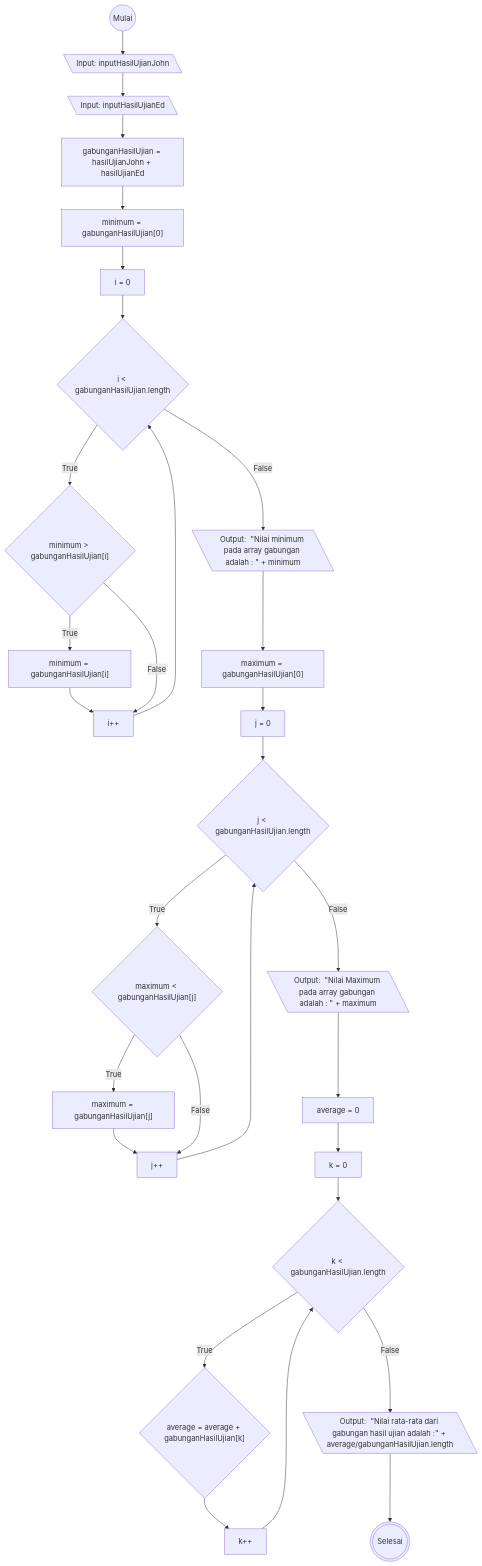
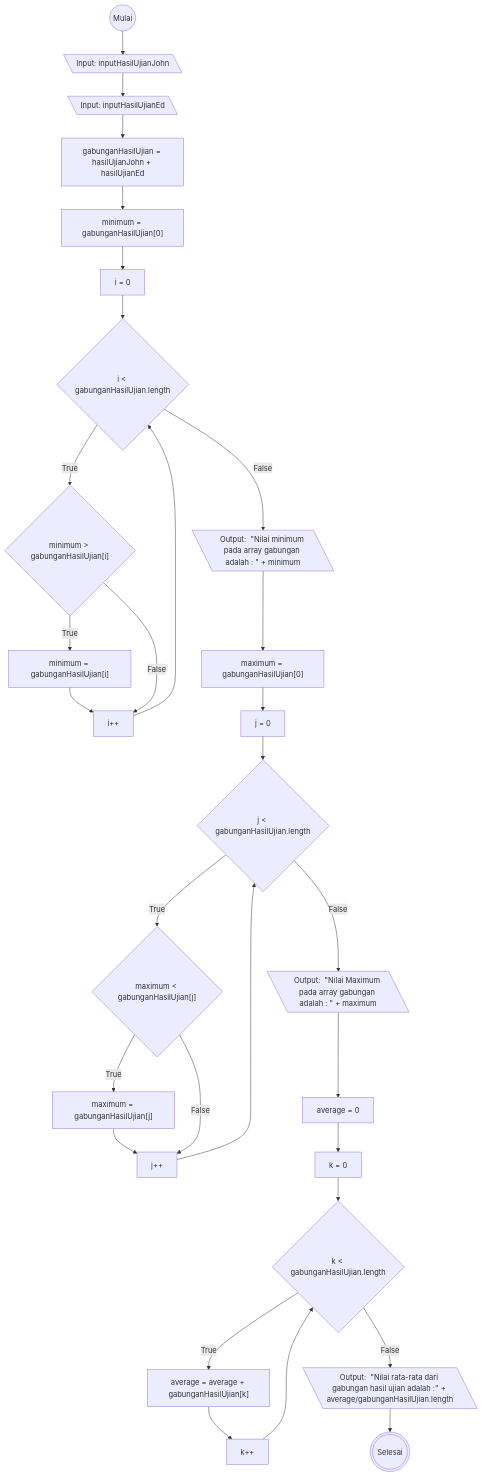
The diagram in task1.md (rezafauzan/koda-b6-javascript2), drawn with Mermaid before and after one commit.

Commit message:
Update: Fix shape on average = average + gabunganHasilUjian[k]

````diff
--- a/task1.md
+++ b/task1.md
@@ -1,57 +1,57 @@
 ```mermaid
 flowchart TD
 
 start@{"shape": circle, "label": "Mulai"}
 inputHasilUjianJohn@{"shape": lean-l, "label": "Input: inputHasilUjianJohn"}
 inputHasilUjianEd@{"shape": lean-l, "label": "Input: inputHasilUjianEd"}
 combineHasilUjian@{"shape": rectangle, "label": "gabunganHasilUjian = hasilUjianJohn + hasilUjianEd"}
 
 %% Minimum
 minimumEqGabunganZero@{"shape": rectangle, "label": "minimum = gabunganHasilUjian[0]"}
 iEqZero@{"shape": rectangle, "label": i = 0}
 isIltgabunganLength@{"shape": diamond, "label": "i < gabunganHasilUjian.length"}
 isIltgabunganLengthTrue@{"shape": diamond, "label": "minimum > gabunganHasilUjian[i]"}
 isMinimumgtgabunganLengthTrue@{"shape": rectangle, "label": "minimum = gabunganHasilUjian[i]"}
 ipp@{"shape": rectangle, "label": "i++"}
 outputMinimum@{"shape": lean-l, "label": "Output:  #quot;Nilai minimum pada array gabungan adalah : #quot; + minimum"}
 
 %% Maximum
 maximumEqGabunganZero@{"shape": rectangle, "label": "maximum = gabunganHasilUjian[0]"}
 jEqZero@{"shape": rectangle, "label": j = 0}
 isJltgabunganLength@{"shape": diamond, "label": "j < gabunganHasilUjian.length"}
 isJltgabunganLengthTrue@{"shape": diamond, "label": "maximum < gabunganHasilUjian[j]"}
 isMaximumgtgabunganLengthTrue@{"shape": rectangle, "label": "maximum = gabunganHasilUjian[j]"}
 jpp@{"shape": rectangle, "label": "j++"}
 outputMaximum@{"shape": lean-l, "label": "Output:  #quot;Nilai Maximum pada array gabungan adalah : #quot; + maximum"}
 
 %% Average
 averageEqZero@{"shape": rectangle, "label": "average = 0"}
 kEqZero@{"shape": rectangle, "label": k = 0}
 iskltgabunganLength@{"shape": diamond, "label": "k < gabunganHasilUjian.length"}
-iskltgabunganLengthTrue@{"shape": diamond, "label": "average = average + gabunganHasilUjian[k]"}
+iskltgabunganLengthTrue@{"shape": rectangle, "label": "average = average + gabunganHasilUjian[k]"}
 kpp@{"shape": rectangle, "label": "k++"}
 outputAverage@{"shape": lean-l, "label": "Output:  #quot;Nilai rata-rata dari gabungan hasil ujian adalah :#quot; + average/gabunganHasilUjian.length"}
 
 stop@{"shape": dbl-circ, "label": "Selesai"}
 
 start-->inputHasilUjianJohn-->inputHasilUjianEd-->combineHasilUjian-->minimumEqGabunganZero
 
 %% Minimum
 minimumEqGabunganZero-->iEqZero-->isIltgabunganLength
 isIltgabunganLength--True-->isIltgabunganLengthTrue--True-->isMinimumgtgabunganLengthTrue-->ipp
 isIltgabunganLengthTrue--False-->ipp-->isIltgabunganLength 
 isIltgabunganLength--False-->outputMinimum-->maximumEqGabunganZero
 
 %% Maximum
 maximumEqGabunganZero-->jEqZero-->isJltgabunganLength
 isJltgabunganLength--True-->isJltgabunganLengthTrue--True-->isMaximumgtgabunganLengthTrue-->jpp
 isJltgabunganLengthTrue--False-->jpp-->isJltgabunganLength 
 isJltgabunganLength--False-->outputMaximum-->averageEqZero
 
 %% Average
 averageEqZero-->kEqZero-->iskltgabunganLength
 iskltgabunganLength--True-->iskltgabunganLengthTrue-->kpp-->
 iskltgabunganLength--False-->outputAverage-->stop
 
 
 ```
````
